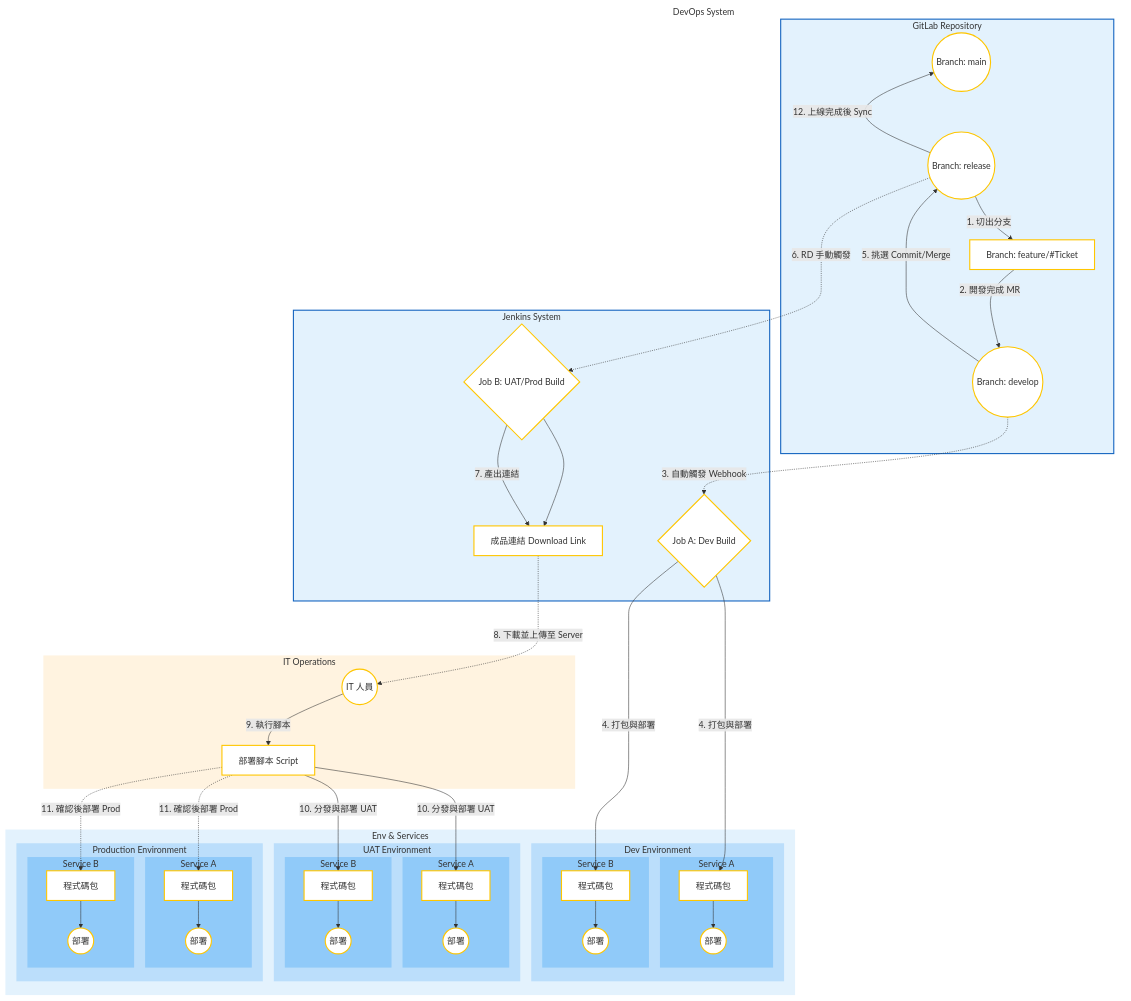
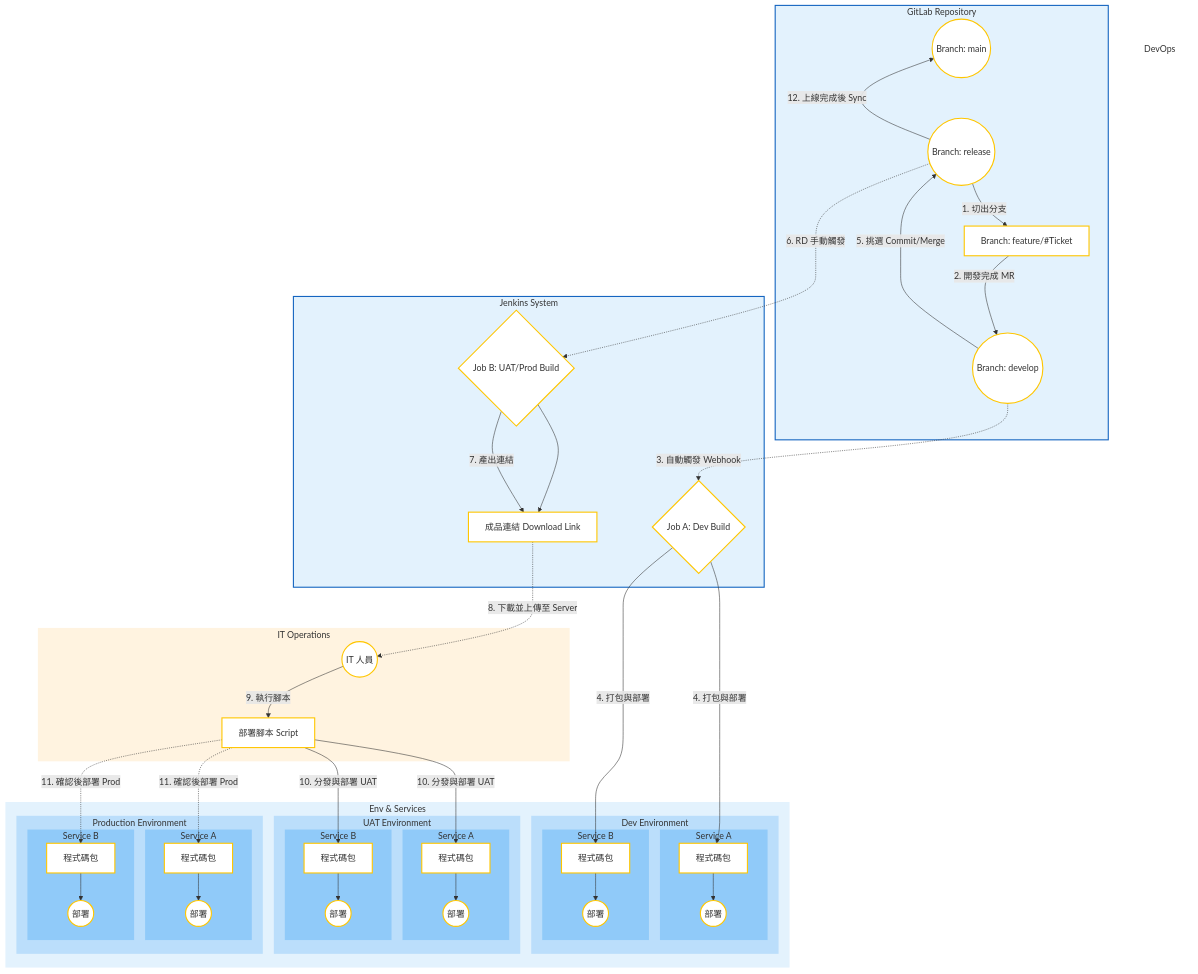
One commit to almightyken0425/KnowledgeVault changed the second of 2 diagrams in SIT/ReleaseWorkFlow.md. Above: the diagram before and after it, drawn with Mermaid.

```diff
--- a/SIT/ReleaseWorkFlow.md
+++ b/SIT/ReleaseWorkFlow.md
@@ -56,24 +56,22 @@
     classDef deployAction fill:#FFFFFF,stroke:#FFC600,stroke-width:2px;
 
     %% 節點定義
-    subgraph DevOps [DevOps System]
-        %% direction LR  <-- Removed to default to TB (Top-Bottom) for vertical stacking
-        subgraph Git_Repo [GitLab Repository]
-            Main((Branch: main)):::branch
-            Release((Branch: release)):::branch
-            Develop((Branch: develop)):::branch
-            Feature[Branch: feature/#Ticket]:::branch
-    
-            %% 強制排版順序: Main 在最左邊
-            Main ~~~ Release ~~~ Feature ~~~ Develop
-        end
-    
-        subgraph CI_CD [Jenkins System]
-            JobA{Job A: Dev Build}:::jenkins
-            JobB{Job B: UAT/Prod Build}:::jenkins
-            Artifact[成品連結 Download Link]:::action
-            JobB --> Artifact
-        end
+    %% direction LR  <-- Removed to default to TB (Top-Bottom) for vertical stacking
+    subgraph Git_Repo [GitLab Repository]
+        Main((Branch: main)):::branch
+        Release((Branch: release)):::branch
+        Develop((Branch: develop)):::branch
+        Feature[Branch: feature/#Ticket]:::branch
+
+        %% 強制排版順序: Main 在最左邊
+        Main ~~~ Release ~~~ Feature ~~~ Develop
+    end
+
+    subgraph CI_CD [Jenkins System]
+        JobA{Job A: Dev Build}:::jenkins
+        JobB{Job B: UAT/Prod Build}:::jenkins
+        Artifact[成品連結 Download Link]:::action
+        JobB --> Artifact
     end
 
     subgraph Operations [IT Operations]
```
